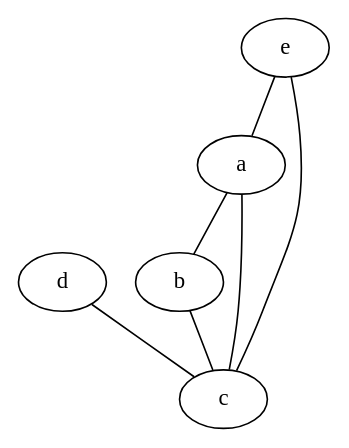
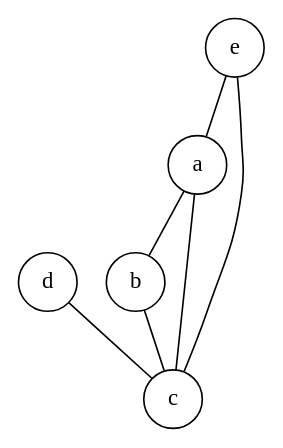
One commit to idekerlab/vizbi-2015 changed the diagram in tutorials/data/sample.dot. Above: the diagram before and after it, drawn with Graphviz. The commit also changed 4 other files, not shown here.

```diff
--- a/tutorials/data/sample.dot
+++ b/tutorials/data/sample.dot
@@ -1,8 +1,9 @@
-graph { 
-		a -- b; 
-		b -- c; 
-		a -- c; 
-		d -- c; 
-		e -- c; 
-		e -- a; 
+graph simple1 {
+	 	node [shape = circle];
+		a -- b [ interaction = "The" ]; 
+		b -- c [ interaction = "Original" ]; 
+		a -- c [ interaction = "DOT" ]; 
+		d -- c [ interaction = "file" ]; 
+		e -- c [ interaction = "created from" ]; 
+		e -- a [ interaction = "Graphviz" ]; 
 	} 
```
